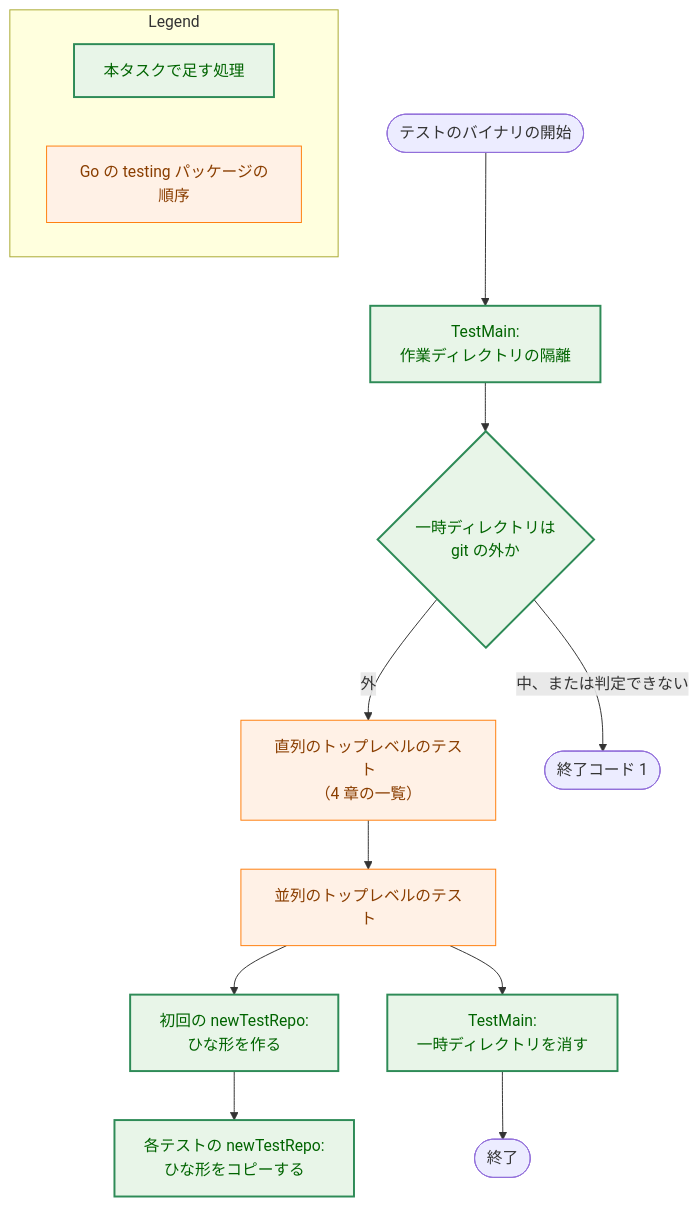
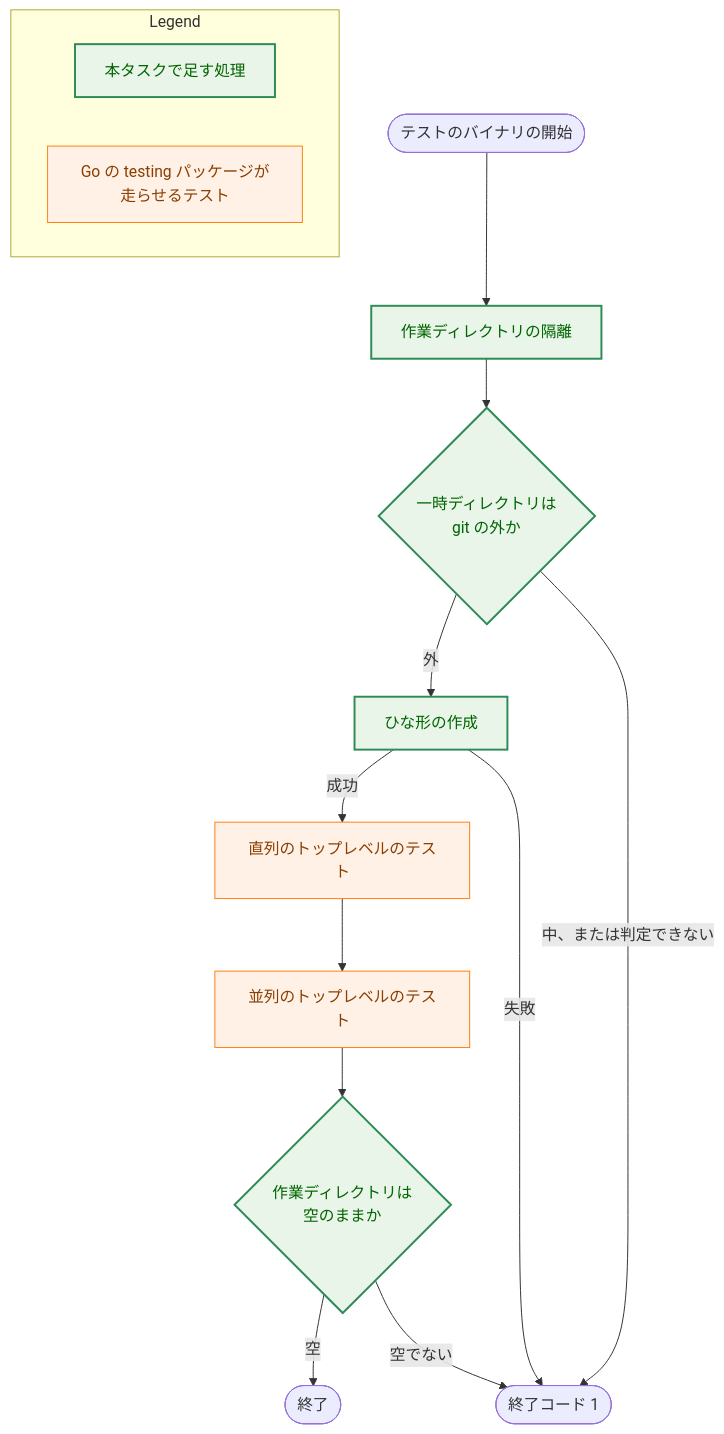
Before and after one commit to isseis/yt2column: the fifth of 5 diagrams in docs/tasks/0126_fixprguard_test_speedup/02_architecture.md, drawn with Mermaid. The commit also changed other lines of this file, not shown here.

First line of the commit message:
docs(0126): address the architecture review and polish the Japanese prose

````diff
--- a/docs/tasks/0126_fixprguard_test_speedup/02_architecture.md
+++ b/docs/tasks/0126_fixprguard_test_speedup/02_architecture.md
@@ -403,33 +445,34 @@
 ```mermaid
 flowchart TD
     classDef process fill:#fff1e6,stroke:#ff7f0e,stroke-width:1px,color:#8a3e00;
     classDef enhanced fill:#e8f5e8,stroke:#2e8b57,stroke-width:2px,color:#006400;
 
     S(["テストのバイナリの開始"])
-    ISO["TestMain:<br>作業ディレクトリの隔離"]
+    ISO["作業ディレクトリの隔離"]
     CHK{"一時ディレクトリは<br>git の外か"}
-    SER["直列のトップレベルのテスト<br>（4 章の一覧）"]
+    TPL["ひな形の作成"]
+    SER["直列のトップレベルのテスト"]
     PAR["並列のトップレベルのテスト"]
-    TPL["初回の newTestRepo:<br>ひな形を作る"]
-    CP["各テストの newTestRepo:<br>ひな形をコピーする"]
-    RM["TestMain:<br>一時ディレクトリを消す"]
+    EMP{"作業ディレクトリは<br>空のままか"}
     E(["終了"])
     X(["終了コード 1"])
 
     S --> ISO --> CHK
-    CHK -->|"外"| SER
+    CHK -->|"外"| TPL
     CHK -->|"中、または判定できない"| X
-    SER --> PAR
-    PAR --> TPL --> CP
-    PAR --> RM --> E
+    TPL -->|"成功"| SER
+    TPL -->|"失敗"| X
+    SER --> PAR --> EMP
+    EMP -->|"空"| E
+    EMP -->|"空でない"| X
 
-    class ISO,CHK,TPL,CP,RM enhanced
+    class ISO,CHK,TPL,EMP enhanced
     class SER,PAR process
 
     subgraph Legend["Legend"]
         L1["本タスクで足す処理"]
-        L2["Go の testing パッケージの順序"]
+        L2["Go の testing パッケージが走らせるテスト"]
     end
     class L1 enhanced
     class L2 process
 ```
````
